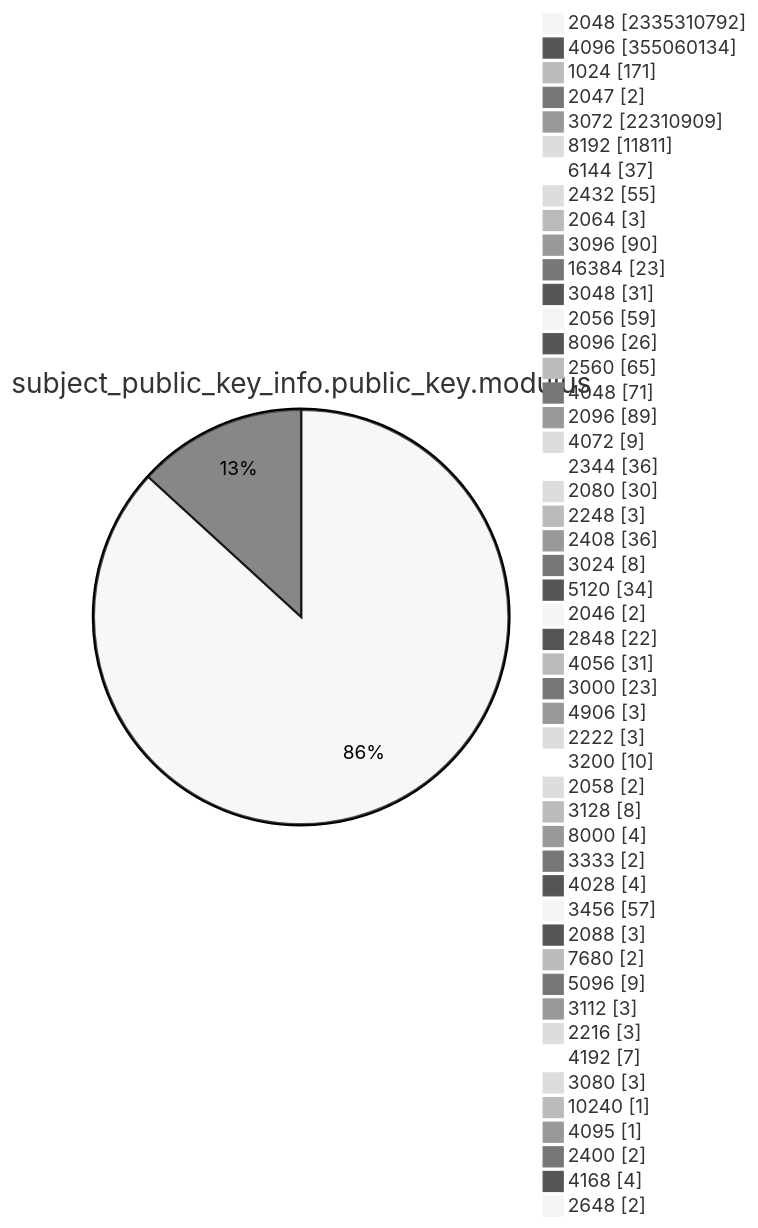
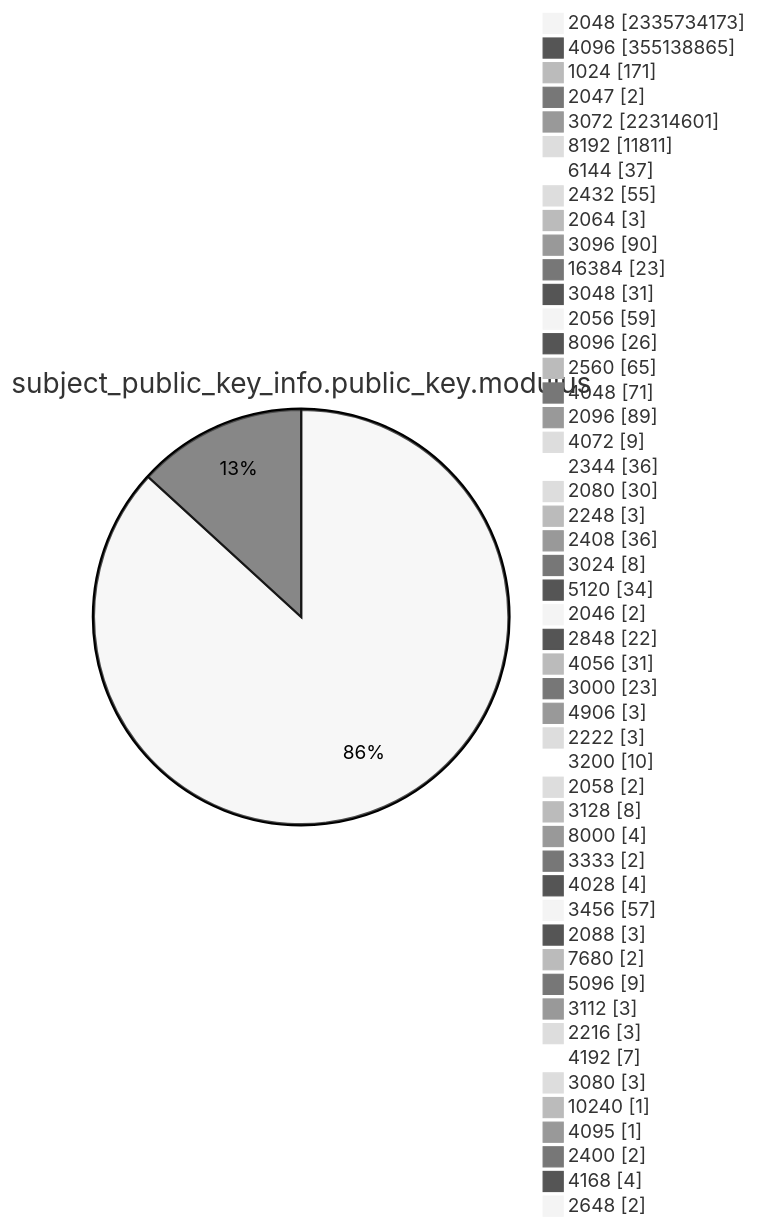
Diagram 13 of 15 in TOTAL/README.md (christiankrug/ctmonitor_visualization), drawn with Mermaid (neutral theme) before and after one commit. The commit also changed other lines of this file, not shown here.

````diff
--- a/TOTAL/README.md
+++ b/TOTAL/README.md
@@ -4167,53 +4167,53 @@
 ```mermaid
 pie showData
 title subject_public_key_info.public_key.modulus
-"2048" :2335310792
-"4096" :355060134
+"2048" :2335734173
+"4096" :355138865
 "1024" :171
 "2047" :2
-"3072" :22310909
+"3072" :22314601
 "8192" :11811
 "6144" :37
 "2432" :55
 "2064" :3
 "3096" :90
 "16384" :23
 "3048" :31
 "2056" :59
 "8096" :26
 "2560" :65
 "4048" :71
 "2096" :89
 "4072" :9
 "2344" :36
 "2080" :30
 "2248" :3
 "2408" :36
 "3024" :8
 "5120" :34
 "2046" :2
 "2848" :22
 "4056" :31
 "3000" :23
 "4906" :3
 "2222" :3
 "3200" :10
 "2058" :2
 "3128" :8
 "8000" :4
 "3333" :2
 "4028" :4
 "3456" :57
 "2088" :3
 "7680" :2
 "5096" :9
 "3112" :3
 "2216" :3
 "4192" :7
 "3080" :3
 "10240" :1
 "4095" :1
 "2400" :2
 "4168" :4
 "2648" :2
 ```
````
